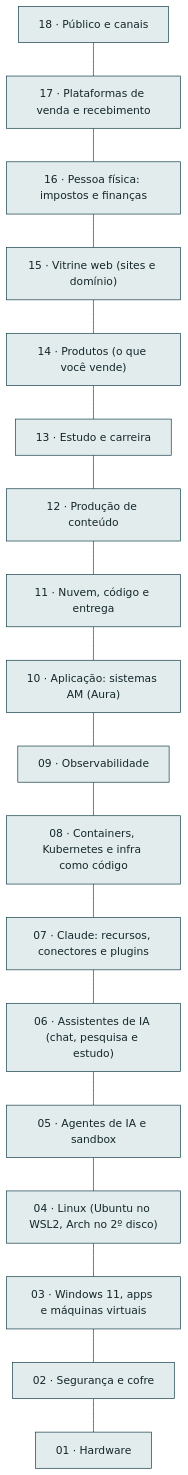
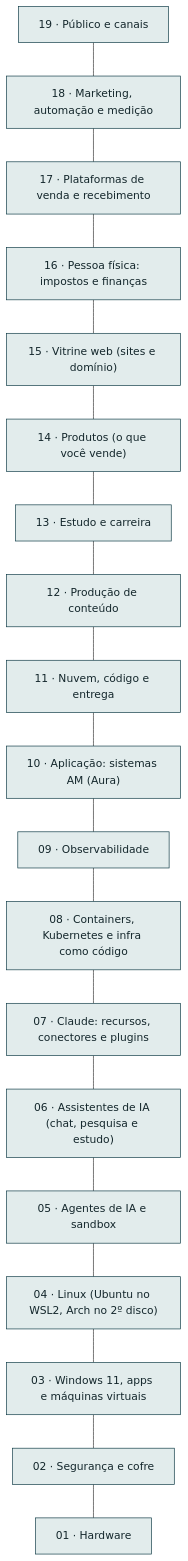
The first of 2 diagrams in README.md (AlanMateus17/dev-setup), drawn with Mermaid before and after one commit. The commit also changed other lines of this file and 33 other files, not shown here.

First line of the commit message:
feat: camada de marketing, automação e medição

````diff
--- a/README.md
+++ b/README.md
@@ -22,58 +23,42 @@
 ```mermaid
 flowchart TB
-  L_pub["18 · Público e canais"]
+  L_pub["19 · Público e canais"]
+  L_mkt["18 · Marketing, automação e medição"]
   L_venda["17 · Plataformas de venda e recebimento"]
   L_emp["16 · Pessoa física: impostos e finanças"]
   L_web["15 · Vitrine web (sites e domínio)"]
   L_prod["14 · Produtos (o que você vende)"]
   L_est["13 · Estudo e carreira"]
   L_cont["12 · Produção de conteúdo"]
   L_nuvem["11 · Nuvem, código e entrega"]
   L_app["10 · Aplicação: sistemas AM (Aura)"]
   L_obs["09 · Observabilidade"]
   L_cnt["08 · Containers, Kubernetes e infra como código"]
   L_clc["07 · Claude: recursos, conectores e plugins"]
   L_chat["06 · Assistentes de IA (chat, pesquisa e estudo)"]
   L_ia["05 · Agentes de IA e sandbox"]
   L_lin["04 · Linux (Ubuntu no WSL2, Arch no 2º disco)"]
   L_win["03 · Windows 11, apps e máquinas virtuais"]
   L_seg["02 · Segurança e cofre"]
   L_hw["01 · Hardware"]
-  L_pub --- L_venda
+  L_pub --- L_mkt
+  L_mkt --- L_venda
   L_venda --- L_emp
   L_emp --- L_web
   L_web --- L_prod
   L_prod --- L_est
   L_est --- L_cont
   L_cont --- L_nuvem
   L_nuvem --- L_app
   L_app --- L_obs
   L_obs --- L_cnt
   L_cnt --- L_clc
   L_clc --- L_chat
   L_chat --- L_ia
   L_ia --- L_lin
   L_lin --- L_win
   L_win --- L_seg
   L_seg --- L_hw
-  click L_pub "docs/camadas/18-pub.md"
-  click L_venda "docs/camadas/17-venda.md"
-  click L_emp "docs/camadas/16-emp.md"
-  click L_web "docs/camadas/15-web.md"
-  click L_prod "docs/camadas/14-prod.md"
-  click L_est "docs/camadas/13-est.md"
-  click L_cont "docs/camadas/12-cont.md"
-  click L_nuvem "docs/camadas/11-nuvem.md"
-  click L_app "docs/camadas/10-app.md"
-  click L_obs "docs/camadas/09-obs.md"
-  click L_cnt "docs/camadas/08-cnt.md"
-  click L_clc "docs/camadas/07-clc.md"
-  click L_chat "docs/camadas/06-chat.md"
-  click L_ia "docs/camadas/05-ia.md"
-  click L_lin "docs/camadas/04-lin.md"
-  click L_win "docs/camadas/03-win.md"
-  click L_seg "docs/camadas/02-seg.md"
-  click L_hw "docs/camadas/01-hw.md"
   classDef cam fill:#e2ecec,stroke:#0e3a45,color:#13262b
-  class L_pub,L_venda,L_emp,L_web,L_prod,L_est,L_cont,L_nuvem,L_app,L_obs,L_cnt,L_clc,L_chat,L_ia,L_lin,L_win,L_seg,L_hw cam
+  class L_pub,L_mkt,L_venda,L_emp,L_web,L_prod,L_est,L_cont,L_nuvem,L_app,L_obs,L_cnt,L_clc,L_chat,L_ia,L_lin,L_win,L_seg,L_hw cam
 ```
````
